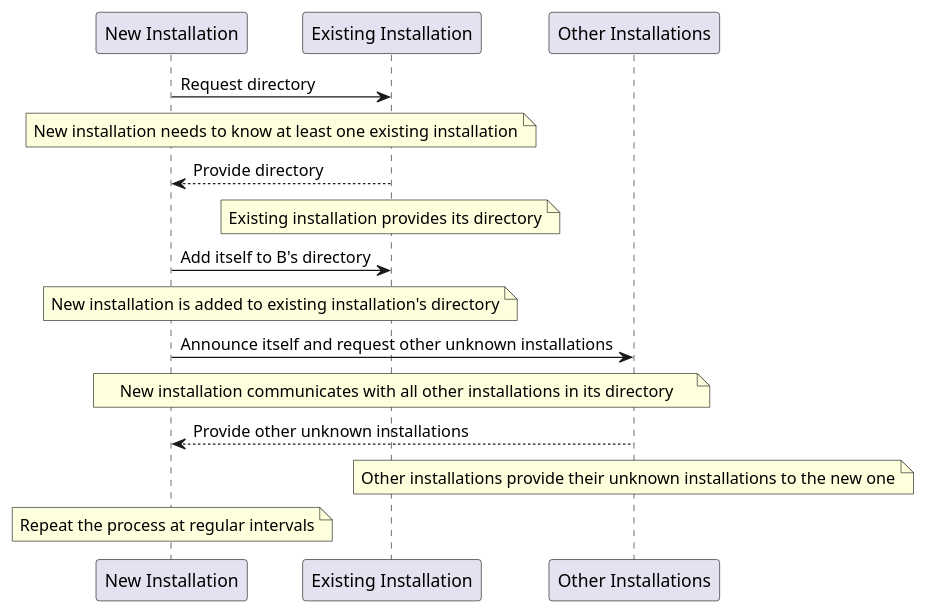
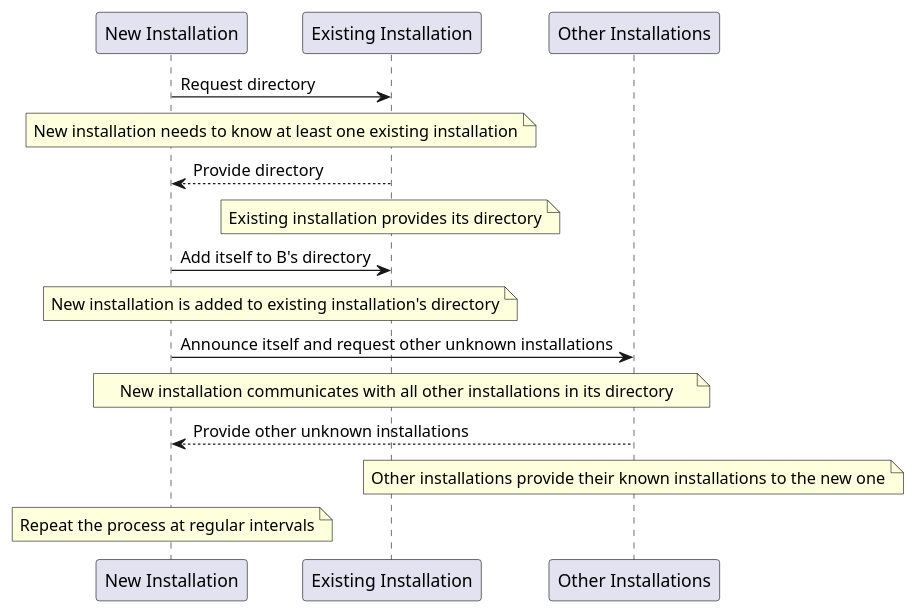
The diagram in docs/createnetwork.puml (OpenCatalogi/OpenCatalogiBundle), drawn with PlantUML before and after one commit. The commit also changed 2 other files, not shown here.

```diff
--- a/docs/createnetwork.puml
+++ b/docs/createnetwork.puml
@@ -1,20 +1,20 @@
 @startuml
 participant "New Installation" as A
 participant "Existing Installation" as B
 participant "Other Installations" as C
 
 A -> B: Request directory
 note over A, B: New installation needs to know at least one existing installation
 B --> A: Provide directory
 note over B: Existing installation provides its directory
 
 A -> B: Add itself to B's directory
 note over A, B: New installation is added to existing installation's directory
 
 A -> C: Announce itself and request other unknown installations
 note over A, C: New installation communicates with all other installations in its directory
 C --> A: Provide other unknown installations
-note over C: Other installations provide their unknown installations to the new one
+note over C: Other installations provide their known installations to the new one
 
 note over A: Repeat the process at regular intervals
 @enduml
```
